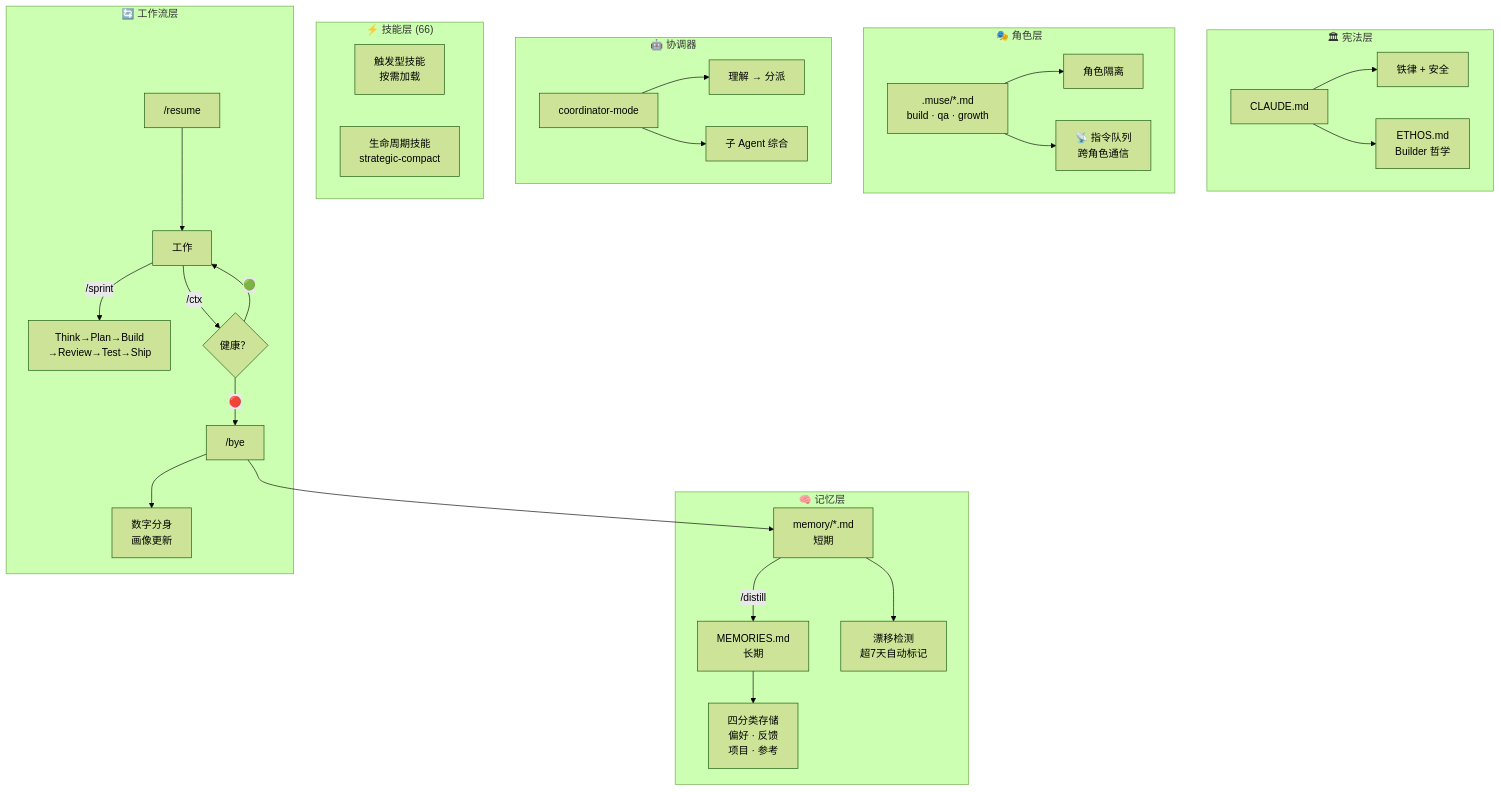
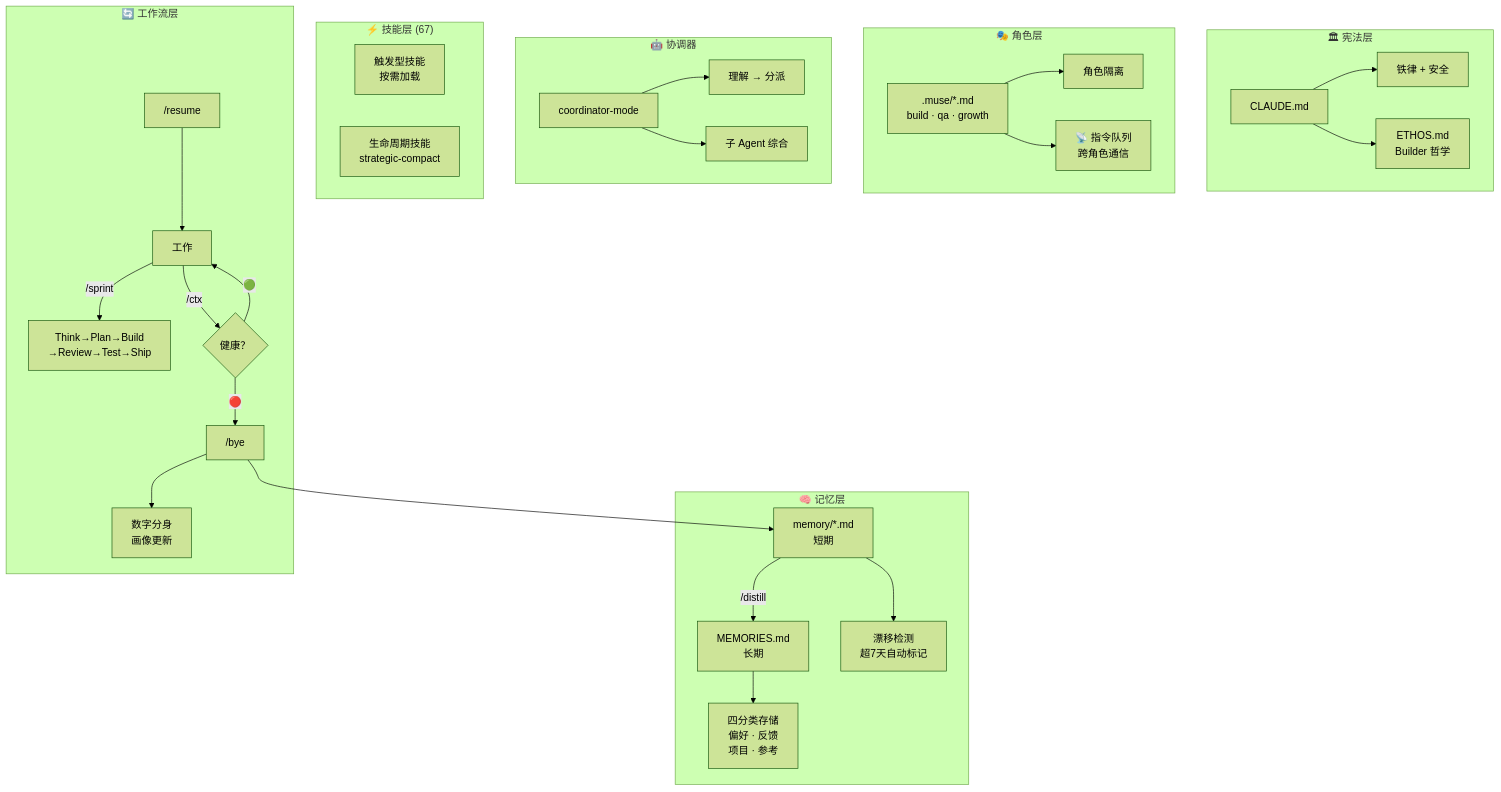
Before and after one commit to myths-labs/muse: the diagram in README_CN.md, drawn with Mermaid (forest theme). The commit also changed other lines of this file and 46 other files, not shown here.

````diff
--- a/README_CN.md
+++ b/README_CN.md
@@ -144,38 +144,38 @@
 ```mermaid
 graph TB
     subgraph "🏛 宪法层"
         A["CLAUDE.md"] --> B["铁律 + 安全"]
         A --> C["ETHOS.md<br/>Builder 哲学"]
     end
     
     subgraph "🎭 角色层"
         R[".muse/*.md<br/>build · qa · growth"] --> S["角色隔离"]
         R --> T["📡 指令队列<br/>跨角色通信"]
     end
     
     subgraph "🧠 记忆层"
         D["memory/*.md<br/>短期"] -->|"/distill"| E["MEMORIES.md<br/>长期"]
         D --> D1["漂移检测<br/>超7天自动标记"]
         E --> E1["四分类存储<br/>偏好 · 反馈<br/>项目 · 参考"]
     end
     
     subgraph "🤖 协调器"
         CO["coordinator-mode"] --> CO1["理解 → 分派"]
         CO --> CO2["子 Agent 综合"]
     end
     
-    subgraph "⚡ 技能层 (66)"
+    subgraph "⚡ 技能层 (67)"
         G["触发型技能<br/>按需加载"]
         H["生命周期技能<br/>strategic-compact"]
     end
     
     subgraph "🔄 工作流层"
         I["/resume"] --> J["工作"]
         J -->|"/sprint"| SP["Think→Plan→Build<br/>→Review→Test→Ship"]
         J -->|"/ctx"| K{"健康？"}
         K -->|"🟢"| J
         K -->|"🔴"| L["/bye"]
         L --> D
         L --> L1["数字分身<br/>画像更新"]
     end
 ```
````
